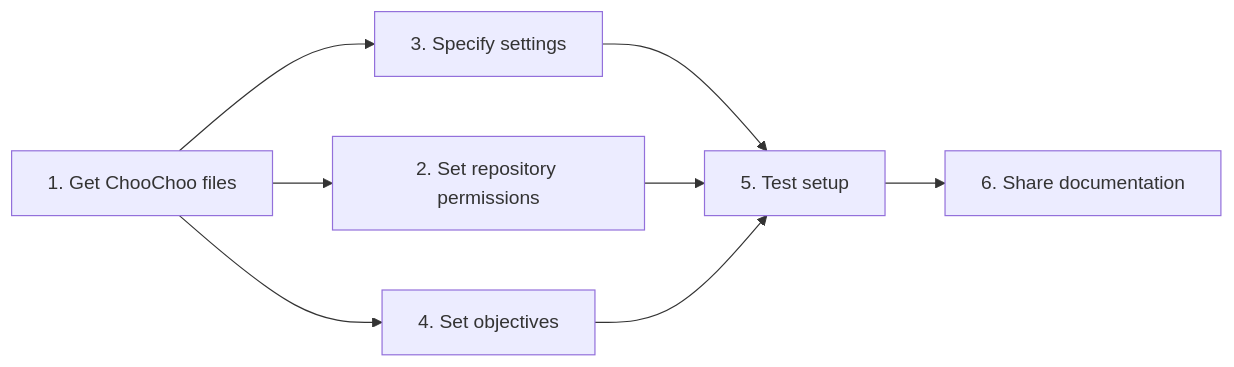
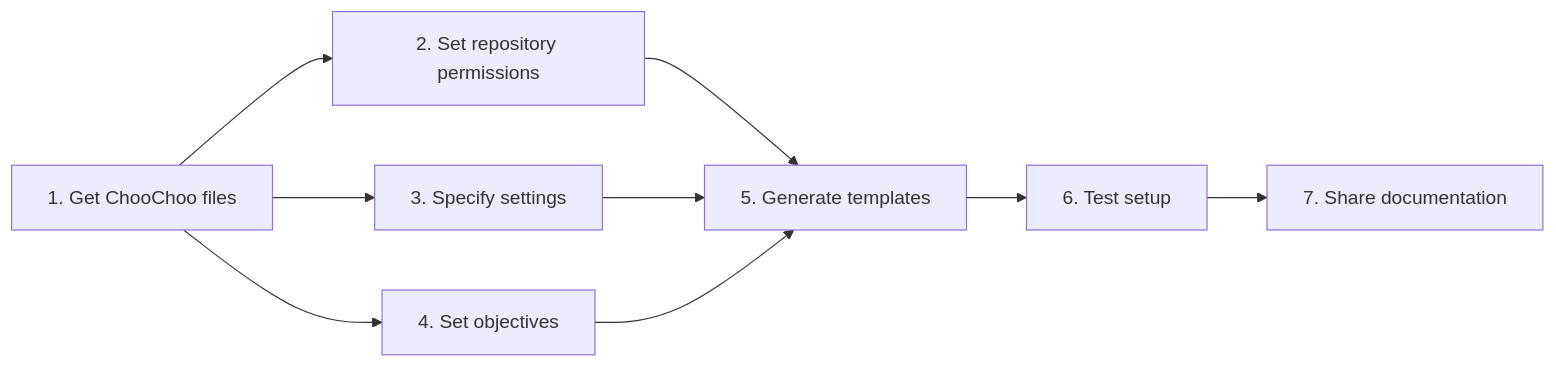
Before and after one commit to lucydot/ChooChoo: the diagram in docs/instructors/setup.md, drawn with Mermaid. The commit also changed other lines of this file, not shown here.

````diff
--- a/docs/instructors/setup.md
+++ b/docs/instructors/setup.md
@@ -3,10 +8,11 @@
 ``` mermaid
 graph LR
-  A[1. Get ChooChoo files] --> B[2. Set repository permissions];
+  A[1. Get ChooChoo files] --> B[4. Set objectives];
+  A --> D[2. Set repository permissions];
   A --> C[3. Specify settings];
-  A --> D[4. Set objectives];
-  C --> E[5. Test setup];
+  D --> E[5. Generate templates];
+  C --> E;
   B --> E;
-  D --> E;
-  E --> F[6. Share documentation];
+  E --> F[6. Test setup];
+  F --> G[7. Share documentation];
 ```
````
